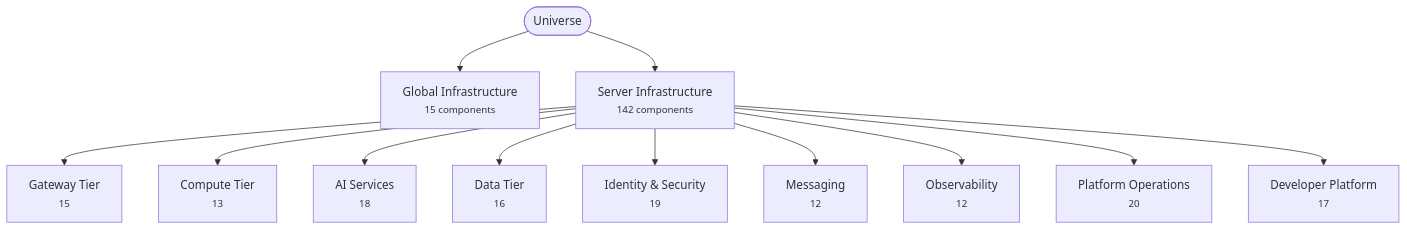
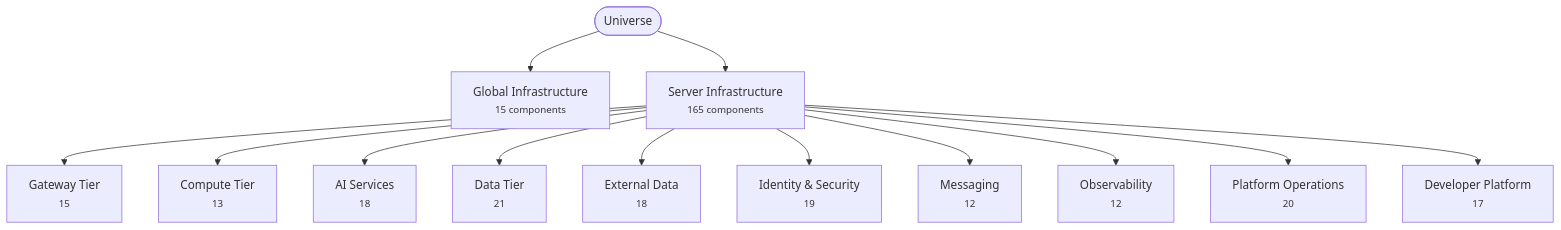
The first of 2 diagrams in architecture/ARCHITECTURE.md (tman686/helionnova), drawn with Mermaid before and after one commit. The commit also changed other lines of this file and 48 other files, not shown here.

First line of the commit message:
Add metadata services and an External Data tier

````diff
--- a/architecture/ARCHITECTURE.md
+++ b/architecture/ARCHITECTURE.md
@@ -27,15 +27,16 @@
 ```mermaid
 flowchart TD
     n_universe(["Universe"])
     n_universe --> n_global_infrastructure["Global Infrastructure<br/><small>15 components</small>"]
-    n_universe --> n_server_infrastructure["Server Infrastructure<br/><small>142 components</small>"]
+    n_universe --> n_server_infrastructure["Server Infrastructure<br/><small>165 components</small>"]
     n_server_infrastructure --> n_gateway_tier["Gateway Tier<br/><small>15</small>"]
     n_server_infrastructure --> n_compute_tier["Compute Tier<br/><small>13</small>"]
     n_server_infrastructure --> n_ai_services["AI Services<br/><small>18</small>"]
-    n_server_infrastructure --> n_data_tier["Data Tier<br/><small>16</small>"]
+    n_server_infrastructure --> n_data_tier["Data Tier<br/><small>21</small>"]
+    n_server_infrastructure --> n_external_data["External Data<br/><small>18</small>"]
     n_server_infrastructure --> n_identity_and_security["Identity &amp; Security<br/><small>19</small>"]
     n_server_infrastructure --> n_messaging["Messaging<br/><small>12</small>"]
     n_server_infrastructure --> n_observability["Observability<br/><small>12</small>"]
     n_server_infrastructure --> n_platform_operations["Platform Operations<br/><small>20</small>"]
     n_server_infrastructure --> n_developer_platform["Developer Platform<br/><small>17</small>"]
 ```
````
